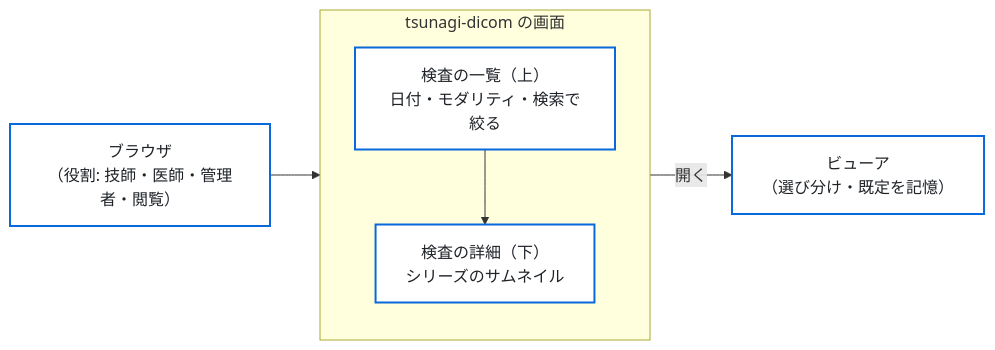
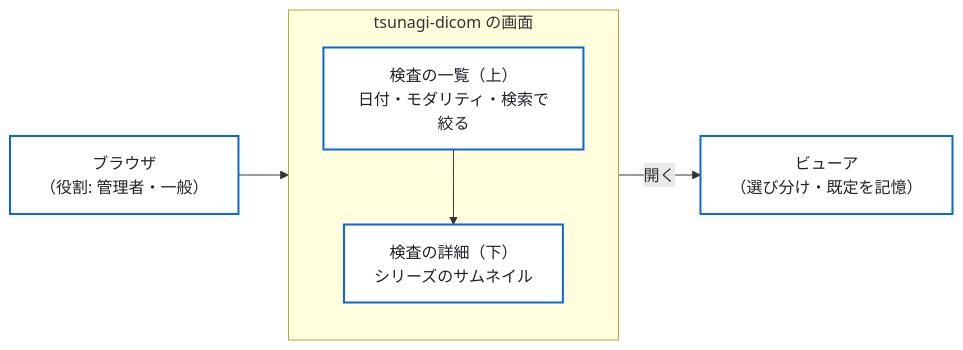
The second of 3 diagrams in README.md (jeysunit/tsunagi-dicom), drawn with Mermaid before and after one commit. The commit also changed other lines of this file and 35 other files, not shown here.

````diff
--- a/README.md
+++ b/README.md
@@ -44,16 +44,16 @@
 ```mermaid
 flowchart LR
   classDef box fill:#ffffff,stroke:#0969da,stroke-width:2px,color:#1f2328
 
-  B["ブラウザ<br/>（役割: 技師・医師・管理者・閲覧）"]:::box
+  B["ブラウザ<br/>（役割: 管理者・一般）"]:::box
   subgraph SCREEN["tsunagi-dicom の画面"]
     direction TB
     LIST["検査の一覧（上）<br/>日付・モダリティ・検索で絞る"]:::box
     DETAIL["検査の詳細（下）<br/>シリーズのサムネイル"]:::box
     LIST --> DETAIL
   end
   V["ビューア<br/>（選び分け・既定を記憶）"]:::box
 
   B --> LIST
   DETAIL -->|"開く"| V
 ```
````
